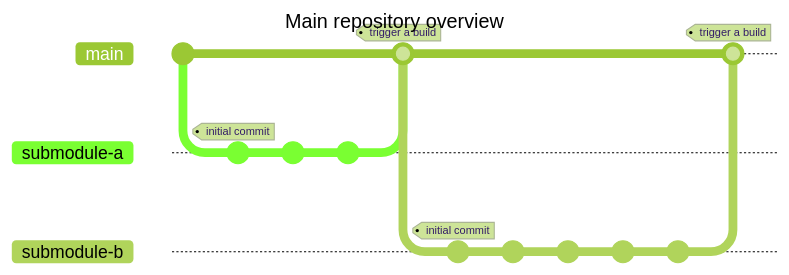
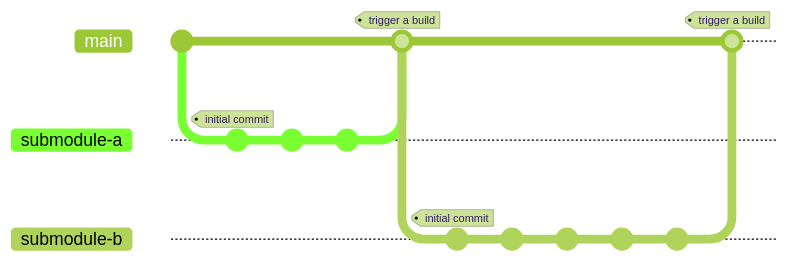
One commit to JonahsOrg/core changed the first of 2 diagrams in README.md. Above: the diagram before and after it, drawn with Mermaid (forest theme). The commit also changed other lines of this file, not shown here. Commit ids are hidden.

````diff
--- a/README.md
+++ b/README.md
@@ -26,32 +28,29 @@
 ```mermaid
----
-title: Main repository overview
----
 
 gitGraph
        commit  id: "v0.0.1"
 
        branch submodule-a
 
        checkout submodule-a
        commit tag: "initial commit"
        commit
        commit
 
 
        checkout main
        merge submodule-a id: "v0.1.0" tag: "trigger a build"
 
 
        branch submodule-b
        commit tag: "initial commit"
        commit
        commit
        commit
        commit
 
 
        checkout main
        merge submodule-b id: "v1.0" tag: "trigger a build"
 
 ```
````
